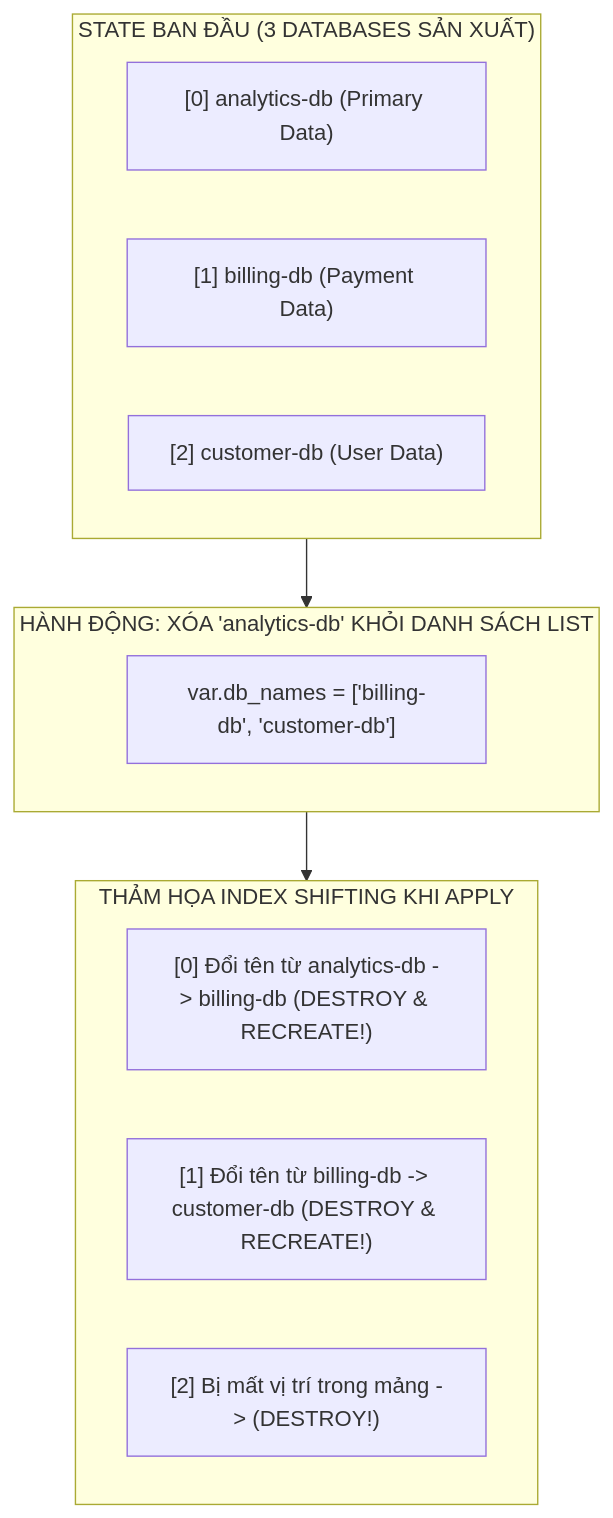
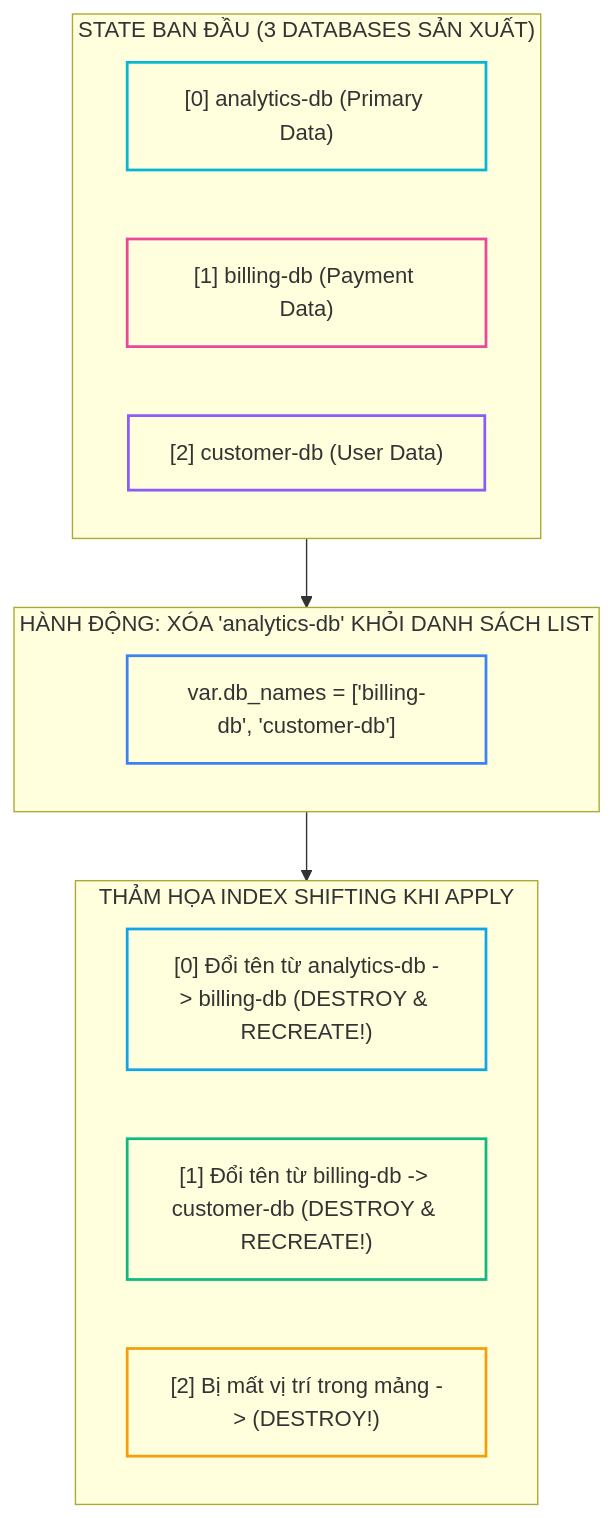
One commit to kiennt308/ntk changed the first of 2 diagrams in _posts/2026-09-13-terraform-13-13-vong-lap-nang-cao-count-vs-for-each-tham-hoa-index-shifting-va-moved-block.md. Above: the diagram before and after it, drawn with Mermaid. The commit also changed other lines of this file and 26 other files, not shown here.

Commit message:
style(terraform): standardize presentation, complete titles & summaries, tailor tldr, and optimize lab tables & mermaid across Bài 05 to Bài 31

````diff
--- a/_posts/2026-09-13-terraform-13-13-vong-lap-nang-cao-count-vs-for-each-tham-hoa-index-shifting-va-moved-block.md
+++ b/_posts/2026-09-13-terraform-13-13-vong-lap-nang-cao-count-vs-for-each-tham-hoa-index-shifting-va-moved-block.md
@@ -57,22 +57,28 @@
 ```mermaid
 flowchart TD
     subgraph STATE_BEFORE ["STATE BAN ĐẦU (3 DATABASES SẢN XUẤT)"]
         I0["[0] analytics-db (Primary Data)"]
         I1["[1] billing-db (Payment Data)"]
         I2["[2] customer-db (User Data)"]
     end
 
     subgraph ACTION ["HÀNH ĐỘNG: XÓA 'analytics-db' KHỎI DANH SÁCH LIST"]
         A["var.db_names = ['billing-db', 'customer-db']"]
     end
 
     subgraph DISASTER ["THẢM HỌA INDEX SHIFTING KHI APPLY"]
         D0["[0] Đổi tên từ analytics-db -&gt; billing-db (DESTROY & RECREATE!)"]
         D1["[1] Đổi tên từ billing-db -&gt; customer-db (DESTROY & RECREATE!)"]
         D2["[2] Bị mất vị trí trong mảng -&gt; (DESTROY!)"]
     end
 
     STATE_BEFORE --> ACTION --> DISASTER
 
-
+    style A fill:none,stroke:#3b82f6,stroke-width:2px
+    style D0 fill:none,stroke:#0ea5e9,stroke-width:2px
+    style D1 fill:none,stroke:#10b981,stroke-width:2px
+    style D2 fill:none,stroke:#f59e0b,stroke-width:2px
+    style I2 fill:none,stroke:#8b5cf6,stroke-width:2px
+    style I1 fill:none,stroke:#ec4899,stroke-width:2px
+    style I0 fill:none,stroke:#06b6d4,stroke-width:2px
 ```
````
